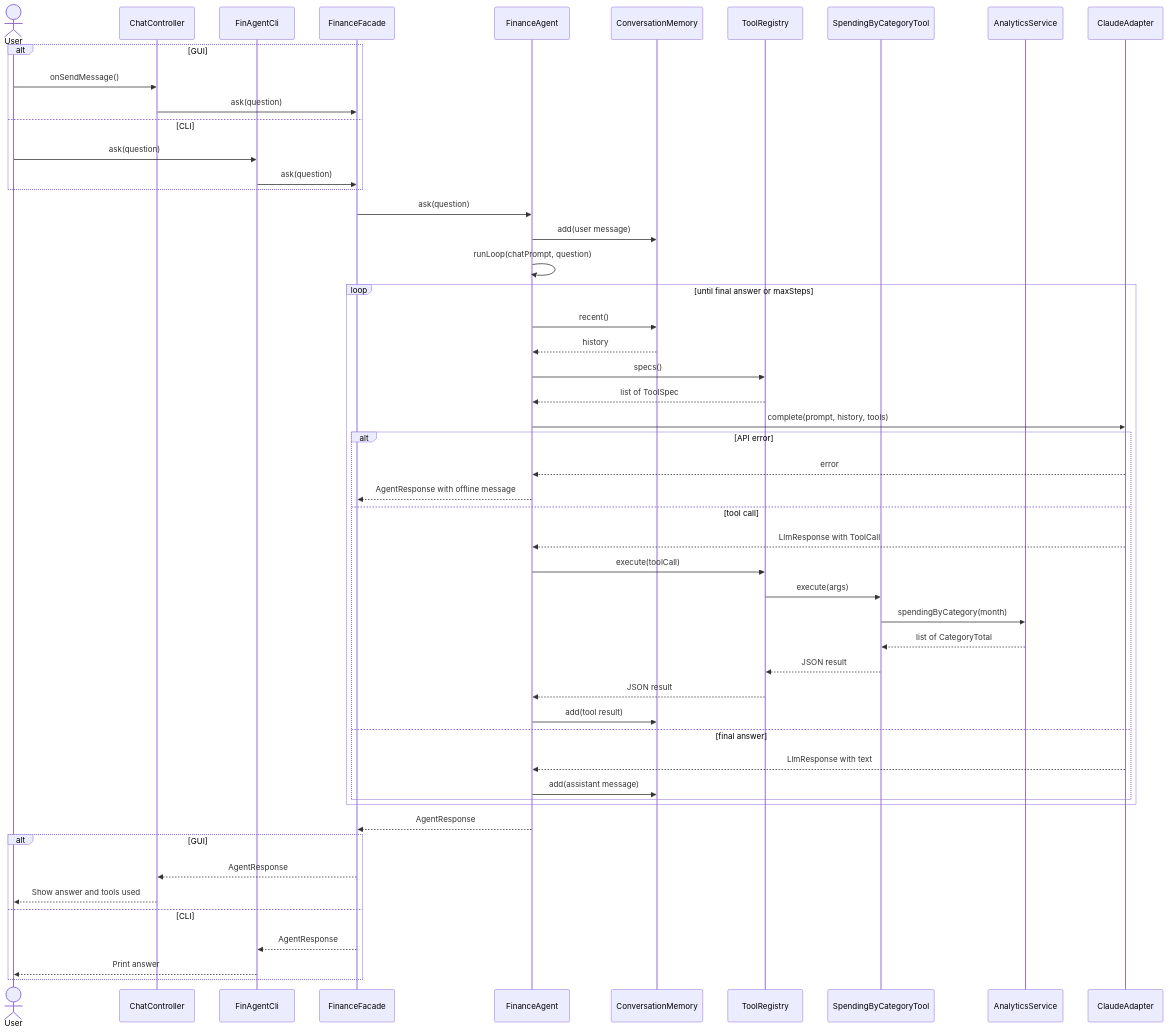
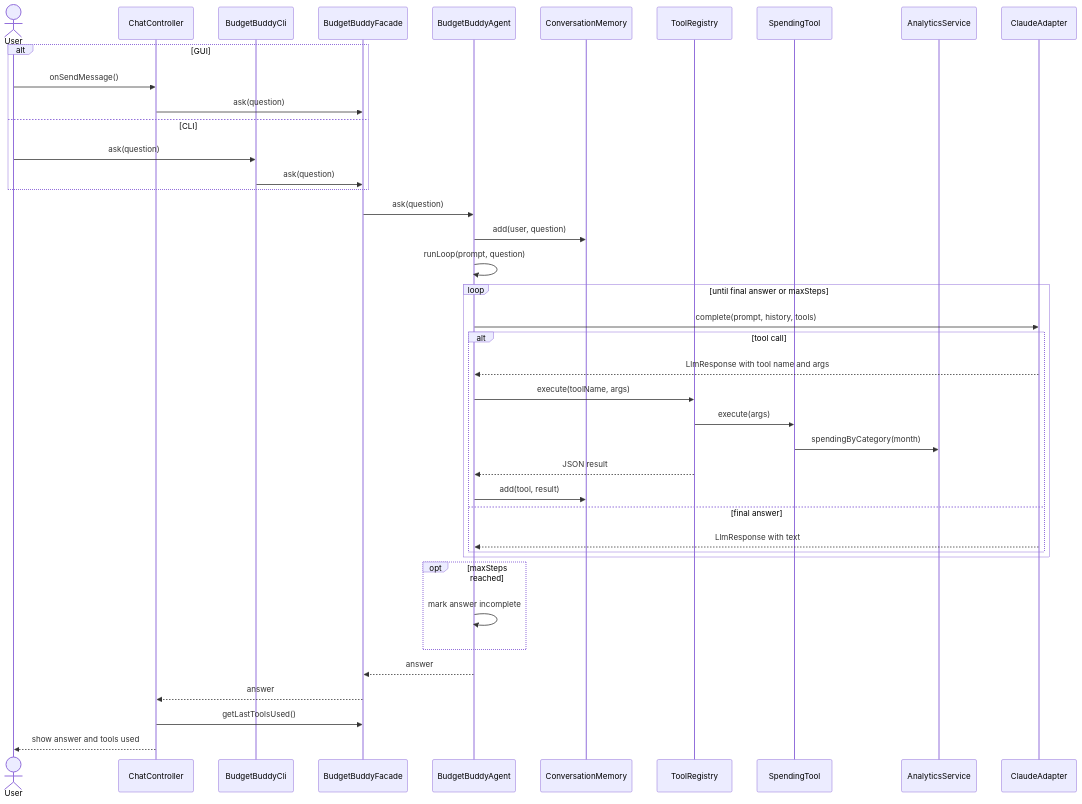
The tenth of 11 diagrams in docs/Stage1_Report.md (Abdi238/EECS3311-course-project), drawn with Mermaid before and after one commit. The commit also changed other lines of this file, not shown here.

````diff
--- a/docs/Stage1_Report.md
+++ b/docs/Stage1_Report.md
@@ -1245,55 +1019,43 @@
 ```mermaid
 sequenceDiagram
     actor U as User
     participant CC as ChatController
-    participant CLI as FinAgentCli
-    participant F as FinanceFacade
-    participant A as FinanceAgent
+    participant CLI as BudgetBuddyCli
+    participant F as BudgetBuddyFacade
+    participant A as BudgetBuddyAgent
     participant M as ConversationMemory
     participant TG as ToolRegistry
-    participant T as SpendingByCategoryTool
+    participant T as SpendingTool
     participant AN as AnalyticsService
     participant LLM as ClaudeAdapter
-
     alt GUI
         U->>CC: onSendMessage()
         CC->>F: ask(question)
     else CLI
         U->>CLI: ask(question)
         CLI->>F: ask(question)
     end
     F->>A: ask(question)
-    A->>M: add(user message)
-    A->>A: runLoop(chatPrompt, question)
+    A->>M: add(user, question)
+    A->>A: runLoop(prompt, question)
     loop until final answer or maxSteps
-        A->>M: recent()
-        M-->>A: history
-        A->>TG: specs()
-        TG-->>A: list of ToolSpec
         A->>LLM: complete(prompt, history, tools)
-        alt API error
-            LLM-->>A: error
-            A-->>F: AgentResponse with offline message
-        else tool call
-            LLM-->>A: LlmResponse with ToolCall
-            A->>TG: execute(toolCall)
+        alt tool call
+            LLM-->>A: LlmResponse with tool name and args
+            A->>TG: execute(toolName, args)
             TG->>T: execute(args)
             T->>AN: spendingByCategory(month)
-            AN-->>T: list of CategoryTotal
-            T-->>TG: JSON result
             TG-->>A: JSON result
-            A->>M: add(tool result)
+            A->>M: add(tool, result)
         else final answer
             LLM-->>A: LlmResponse with text
-            A->>M: add(assistant message)
         end
     end
-    A-->>F: AgentResponse
-    alt GUI
-        F-->>CC: AgentResponse
-        CC-->>U: Show answer and tools used
-    else CLI
-        F-->>CLI: AgentResponse
-        CLI-->>U: Print answer
+    opt maxSteps reached
+        A->>A: mark answer incomplete
     end
+    A-->>F: answer
+    F-->>CC: answer
+    CC->>F: getLastToolsUsed()
+    CC-->>U: show answer and tools used
 ```
````
